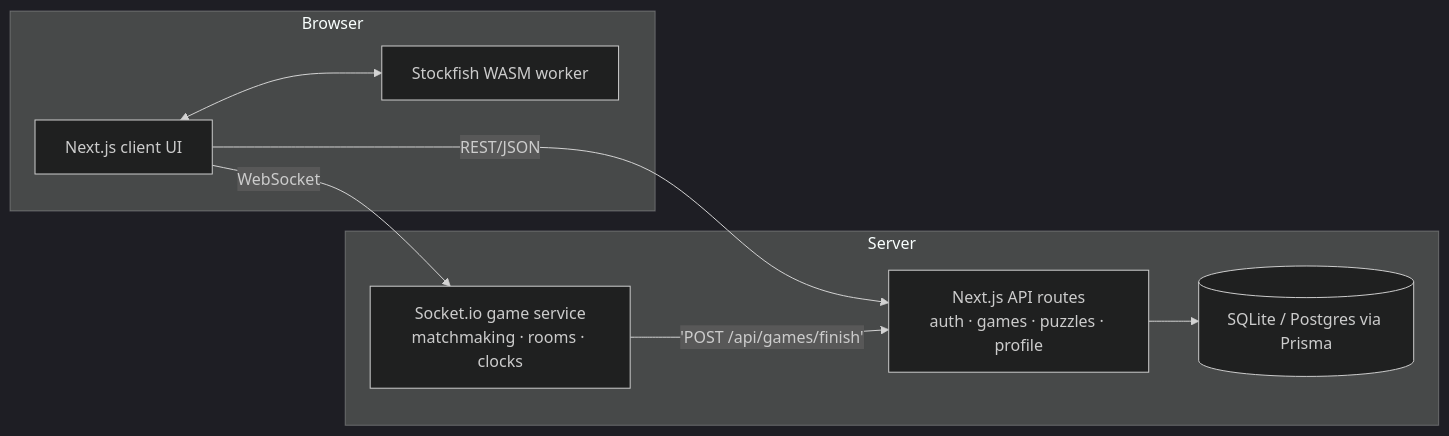
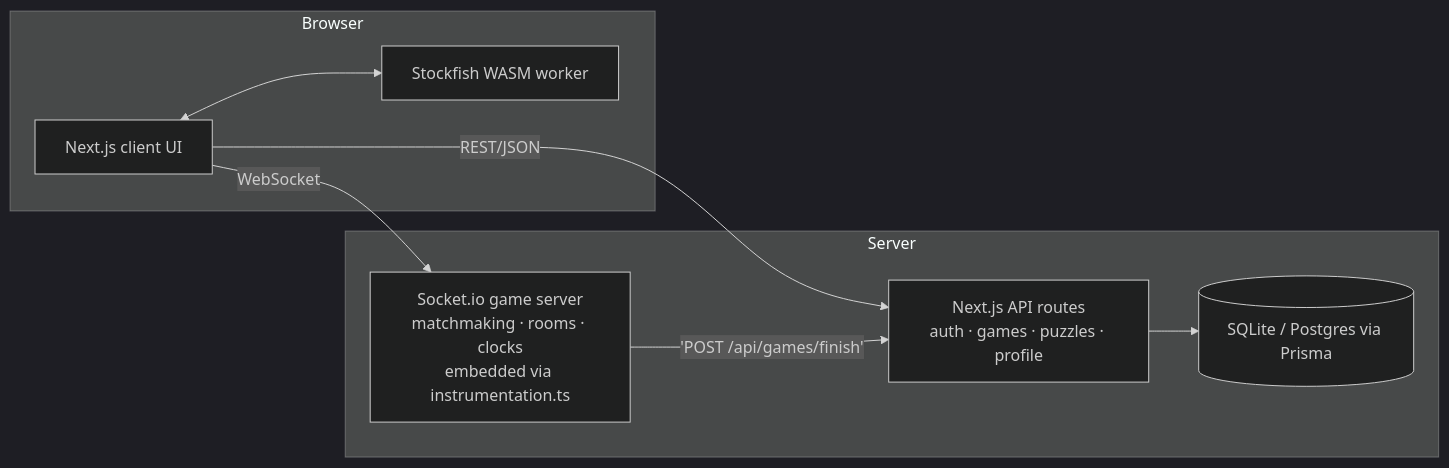
The first of 3 diagrams in README.md (aaron-samuvel/knightforge), drawn with Mermaid (dark theme) before and after one commit. The commit also changed other lines of this file and 13 other files, not shown here.

````diff
--- a/README.md
+++ b/README.md
@@ -73,17 +73,17 @@
 ```mermaid
 flowchart LR
   subgraph Browser
     UI[Next.js client UI]
     SF[Stockfish WASM worker]
     UI <--> SF
   end
   subgraph Server
     API[Next.js API routes<br/>auth · games · puzzles · profile]
     DB[(SQLite / Postgres via Prisma)]
-    RT[Socket.io game service<br/>matchmaking · rooms · clocks]
+    RT[Socket.io game server<br/>matchmaking · rooms · clocks<br/>embedded via instrumentation.ts]
   end
   UI -- REST/JSON --> API
   UI -- WebSocket --> RT
   API --> DB
   RT -- 'POST /api/games/finish' --> API
 ```
````
